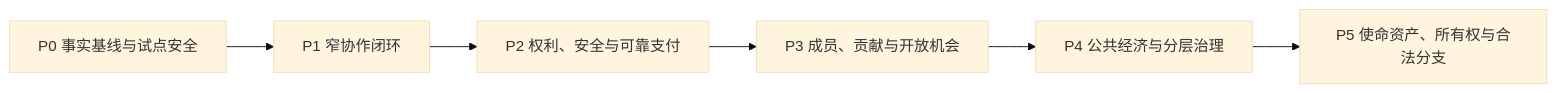
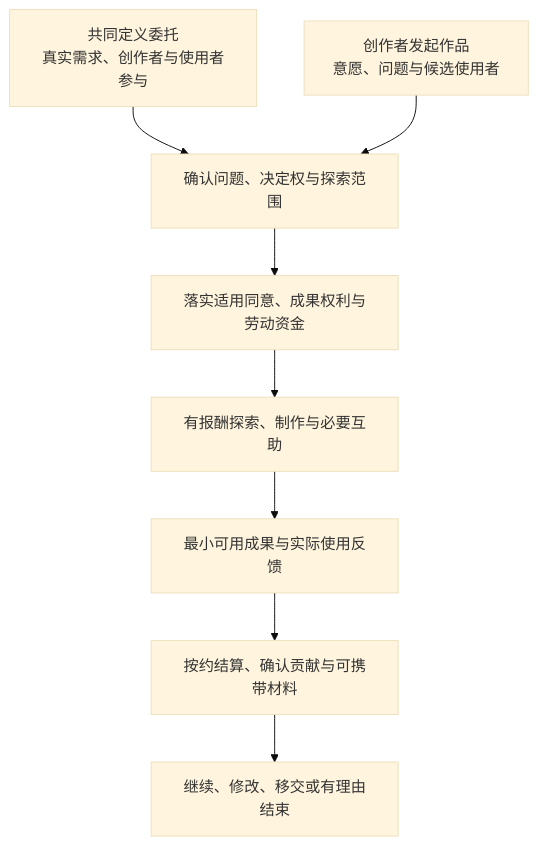
Before and after one commit to BillShiyaoZhang/desire-supply: the second of 2 diagrams in docs/foundations/realization-roadmap.md, drawn with Mermaid (base theme). The commit also changed other lines of this file and 18 other files, not shown here.

````diff
--- a/docs/foundations/realization-roadmap.md
+++ b/docs/foundations/realization-roadmap.md
@@ -16,8 +86,10 @@
 ```mermaid
-flowchart LR
-    P0["P0 事实基线与试点安全"] --> P1["P1 窄协作闭环"]
-    P1 --> P2["P2 权利、安全与可靠支付"]
-    P2 --> P3["P3 成员、贡献与开放机会"]
-    P3 --> P4["P4 公共经济与分层治理"]
-    P4 --> P5["P5 使命资产、所有权与合法分支"]
+flowchart TB
+    A["共同定义委托<br/>真实需求、创作者与使用者参与"] --> C["确认问题、决定权与探索范围"]
+    B["创作者发起作品<br/>意愿、问题与候选使用者"] --> C
+    C --> D["落实适用同意、成果权利与劳动资金"]
+    D --> E["有报酬探索、制作与必要互助"]
+    E --> F["最小可用成果与实际使用反馈"]
+    F --> G["按约结算、确认贡献与可携带材料"]
+    G --> H["继续、修改、移交或有理由结束"]
 ```
````
